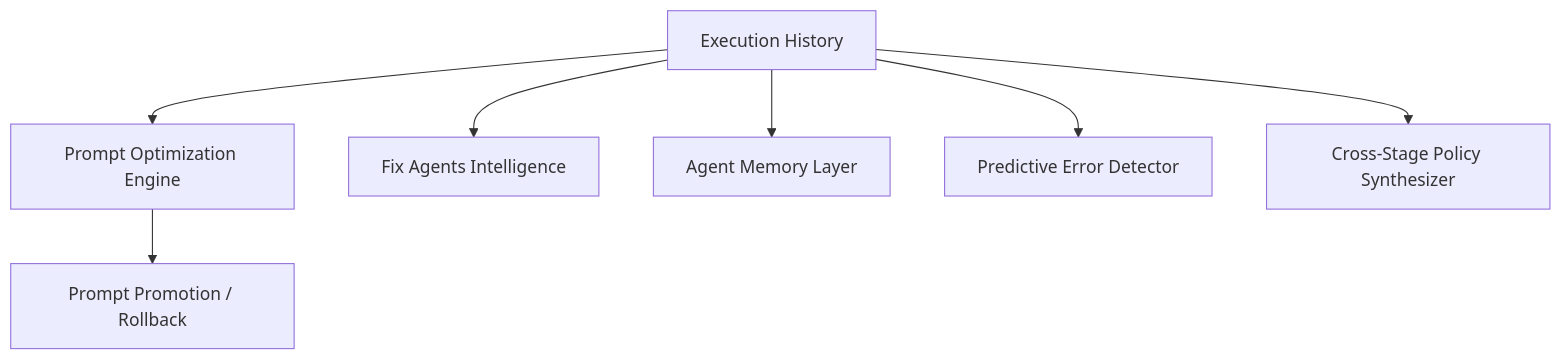
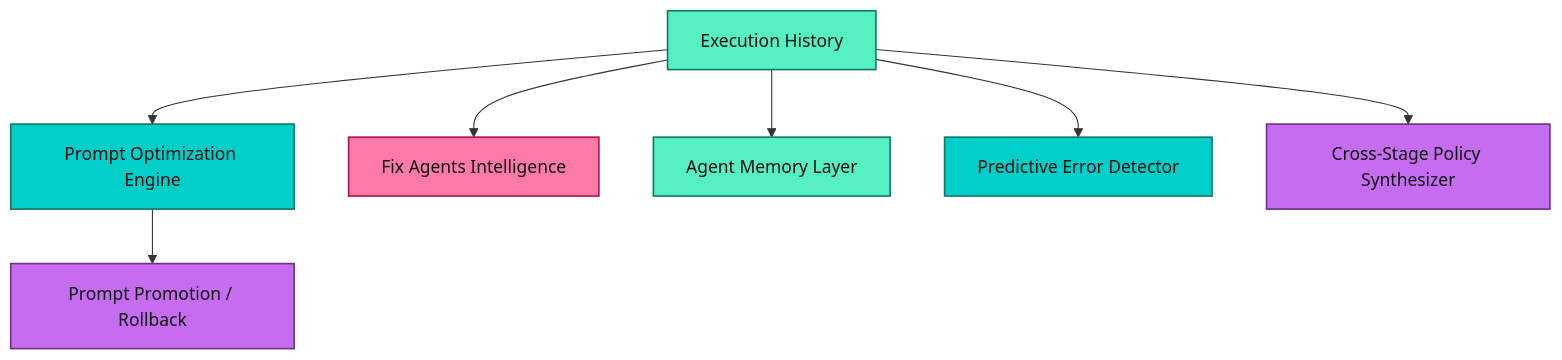
Before and after one commit to zansued/axionos: the fifth of 10 diagrams in docs/ARCHITECTURE.md, drawn with Mermaid.

Commit message:
Preceding changes

````diff
--- a/docs/ARCHITECTURE.md
+++ b/docs/ARCHITECTURE.md
@@ -240,16 +240,21 @@
 ```mermaid
 flowchart TB
-    PromptOpt["Prompt Optimization Engine"]
-    PromptPR["Prompt Promotion / Rollback"]
-    FixInt["Fix Agents Intelligence"]
-    Memory["Agent Memory Layer"]
-    Predict["Predictive Error Detector"]
-    CrossStage["Cross-Stage Policy Synthesizer"]
+    PromptOpt["Prompt Optimization Engine"]:::intelligence
+    PromptPR["Prompt Promotion / Rollback"]:::governance
+    FixInt["Fix Agents Intelligence"]:::runtime
+    Memory["Agent Memory Layer"]:::data
+    Predict["Predictive Error Detector"]:::intelligence
+    CrossStage["Cross-Stage Policy Synthesizer"]:::governance
 
-    History["Execution History"] --> PromptOpt
+    History["Execution History"]:::data --> PromptOpt
     PromptOpt --> PromptPR
     History --> FixInt
     History --> Memory
     History --> Predict
     History --> CrossStage
+
+    classDef intelligence fill:#00CEC9,stroke:#117A65,color:#111,stroke-width:1.5px;
+    classDef runtime fill:#FD79A8,stroke:#AD1457,color:#111,stroke-width:1.5px;
+    classDef governance fill:#C56CF0,stroke:#6C3483,color:#111,stroke-width:1.5px;
+    classDef data fill:#55EFC4,stroke:#117A65,color:#111,stroke-width:1.5px;
 ```
````
